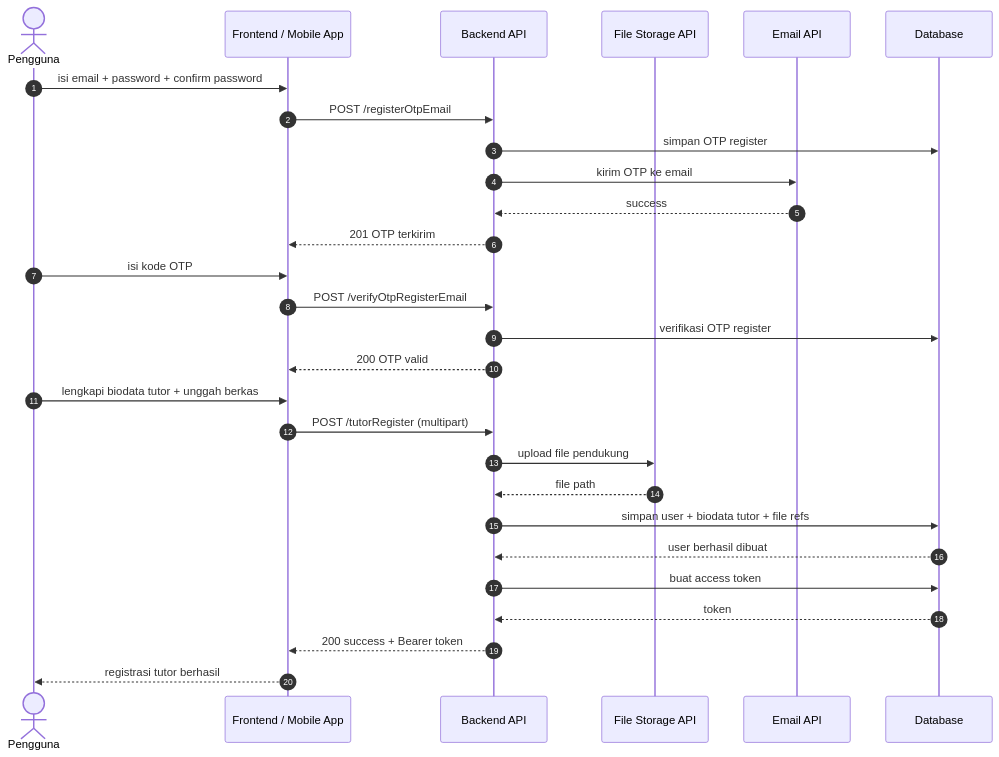
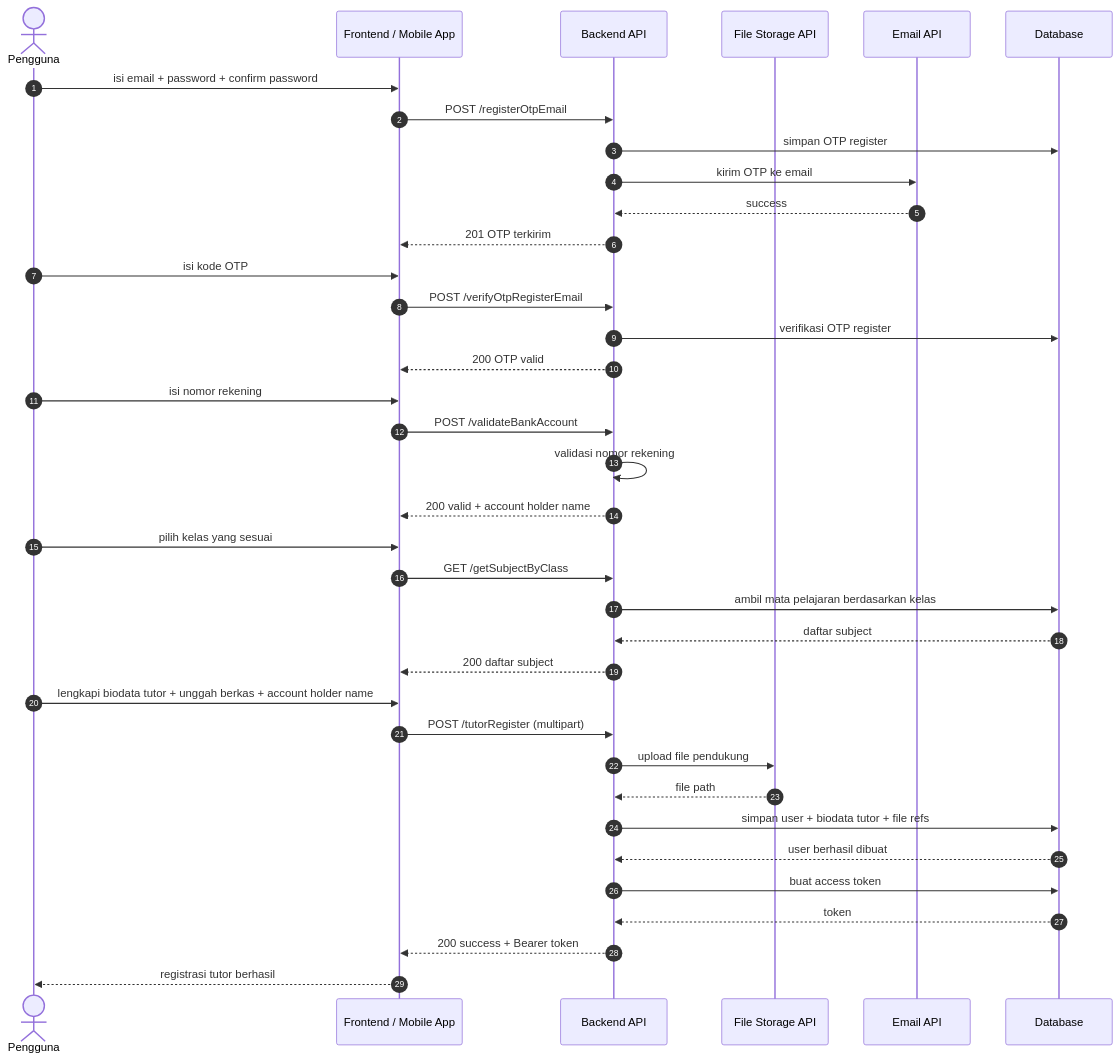
One commit to yafinuel/lazuardyBackend_hexa changed the third of 7 diagrams in docs/sequences/authentication-flow.md. Above: the diagram before and after it, drawn with Mermaid. The commit also changed other lines of this file and 13 other files, not shown here.

Commit message:
docs: completing the sequence diagram documentation

````diff
--- a/docs/sequences/authentication-flow.md
+++ b/docs/sequences/authentication-flow.md
@@ -70,33 +70,44 @@
 ```mermaid
 sequenceDiagram
 	autonumber
 	actor User as Pengguna
 	participant Client as Frontend / Mobile App
 	participant Backend as Backend API
 	participant StorageApi as File Storage API
 	participant EmailApi as Email API
 	participant DB as Database
 
 	User->>Client: isi email + password + confirm password
 	Client->>Backend: POST /registerOtpEmail
 	Backend->>DB: simpan OTP register
 	Backend->>EmailApi: kirim OTP ke email
 	EmailApi-->>Backend: success
 	Backend-->>Client: 201 OTP terkirim
 
 	User->>Client: isi kode OTP
 	Client->>Backend: POST /verifyOtpRegisterEmail
 	Backend->>DB: verifikasi OTP register
 	Backend-->>Client: 200 OTP valid
 
-	User->>Client: lengkapi biodata tutor + unggah berkas
+	User->>Client: isi nomor rekening
+	Client->>Backend: POST /validateBankAccount
+	Backend->>Backend: validasi nomor rekening
+	Backend-->>Client: 200 valid + account holder name
+
+	User->>Client: pilih kelas yang sesuai
+	Client->>Backend: GET /getSubjectByClass
+	Backend->>DB: ambil mata pelajaran berdasarkan kelas
+	DB-->>Backend: daftar subject
+	Backend-->>Client: 200 daftar subject
+
+	User->>Client: lengkapi biodata tutor + unggah berkas + account holder name
 	Client->>Backend: POST /tutorRegister (multipart)
 	Backend->>StorageApi: upload file pendukung
 	StorageApi-->>Backend: file path
 	Backend->>DB: simpan user + biodata tutor + file refs
 	DB-->>Backend: user berhasil dibuat
 	Backend->>DB: buat access token
 	DB-->>Backend: token
 	Backend-->>Client: 200 success + Bearer token
 	Client-->>User: registrasi tutor berhasil
 ```
````
